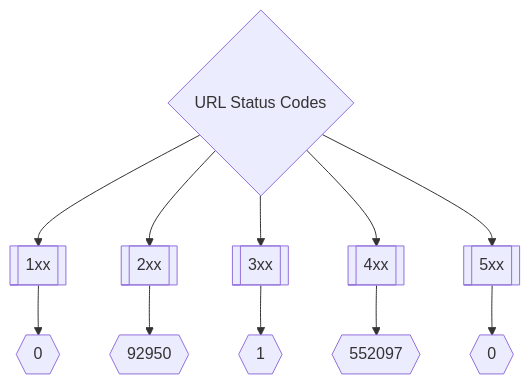
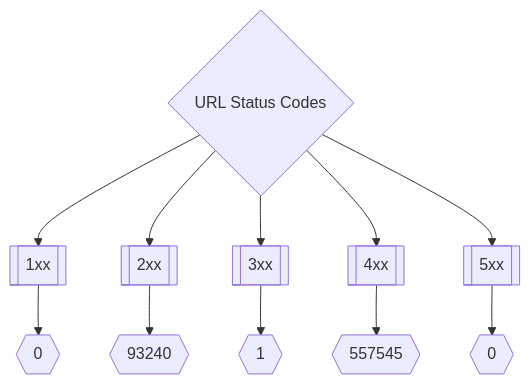
Before and after one commit to trickest/inventory: the second of 3 diagrams in README.md, drawn with Mermaid. The commit also changed other lines of this file, not shown here.

Commit message:
Update README.md Sun Jul  3 21:56:11 UTC 2022

````diff
--- a/README.md
+++ b/README.md
@@ -175,8 +175,8 @@
 ```mermaid
 graph TD
 title{URL Status Codes} --> 1xx[[1xx]] --> status1xxNum{{0}}
-title --> 2xx[[2xx]] --> status2xxNum{{92950}}
+title --> 2xx[[2xx]] --> status2xxNum{{93240}}
 title --> 3xx[[3xx]] --> status3xxNum{{1}}
-title --> 4xx[[4xx]] --> status4xxNum{{552097}}
+title --> 4xx[[4xx]] --> status4xxNum{{557545}}
 title --> 5xx[[5xx]] --> status5xxNum{{0}}
 ```
````
